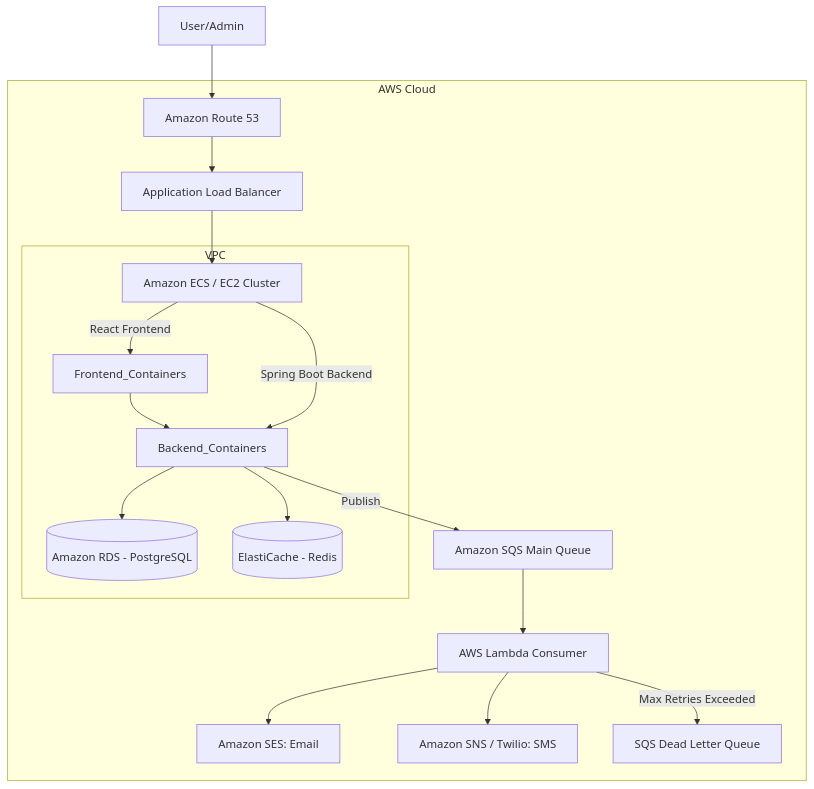
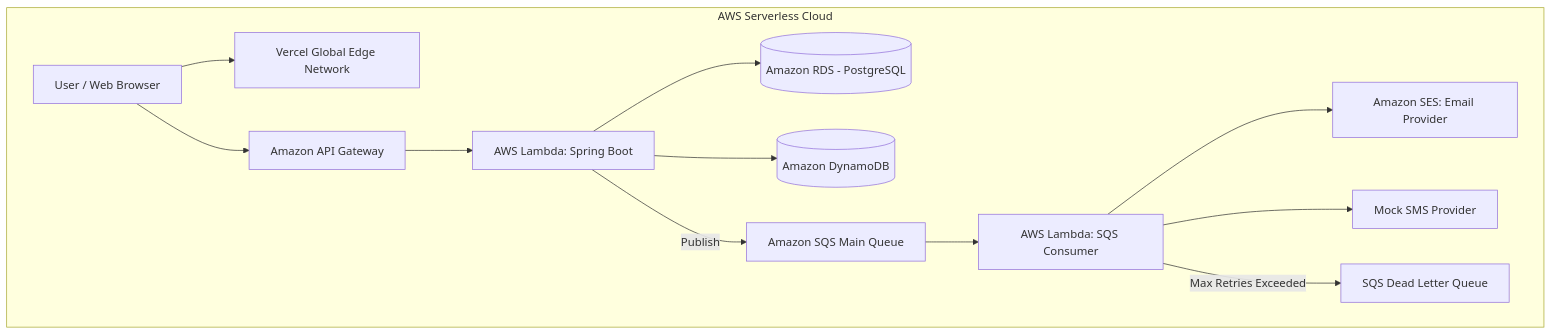
Before and after one commit to SouriRishik/PulseNotify: the second of 5 diagrams in README.md, drawn with Mermaid. The commit also changed other lines of this file, not shown here.

````diff
--- a/README.md
+++ b/README.md
@@ -52,24 +55,19 @@
 ```mermaid
 graph TD
-    subgraph AWS Cloud
-        Route53[Amazon Route 53] --> ALB[Application Load Balancer]
-        ALB --> ECS[Amazon ECS / EC2 Cluster]
+    subgraph AWS Serverless Cloud
+        Client[User / Web Browser] --> Vercel[Vercel Global Edge Network]
+        Client --> APIGW[Amazon API Gateway]
         
-        subgraph VPC
-            ECS -->|React Frontend| Frontend_Containers
-            Frontend_Containers --> Backend_Containers
-            ECS -->|Spring Boot Backend| Backend_Containers
-            Backend_Containers --> RDS[(Amazon RDS - PostgreSQL)]
-            Backend_Containers --> ElastiCache[(ElastiCache - Redis)]
-        end
+        APIGW --> LambdaBoot[AWS Lambda: Spring Boot]
         
-        Backend_Containers -->|Publish| SQS[Amazon SQS Main Queue]
-        SQS --> Lambda[AWS Lambda Consumer]
-        Lambda --> SES[Amazon SES: Email]
-        Lambda --> SNS[Amazon SNS / Twilio: SMS]
+        LambdaBoot --> RDS[(Amazon RDS - PostgreSQL)]
+        LambdaBoot --> DDB[(Amazon DynamoDB)]
         
-        Lambda -->|Max Retries Exceeded| DLQ[SQS Dead Letter Queue]
+        LambdaBoot -->|Publish| SQS[Amazon SQS Main Queue]
+        SQS --> LambdaWorker[AWS Lambda: SQS Consumer]
+        LambdaWorker --> SES[Amazon SES: Email Provider]
+        LambdaWorker --> MockSNS[Mock SMS Provider]
+        
+        LambdaWorker -->|Max Retries Exceeded| DLQ[SQS Dead Letter Queue]
     end
-    
-    User[User/Admin] --> Route53
 ```
````
